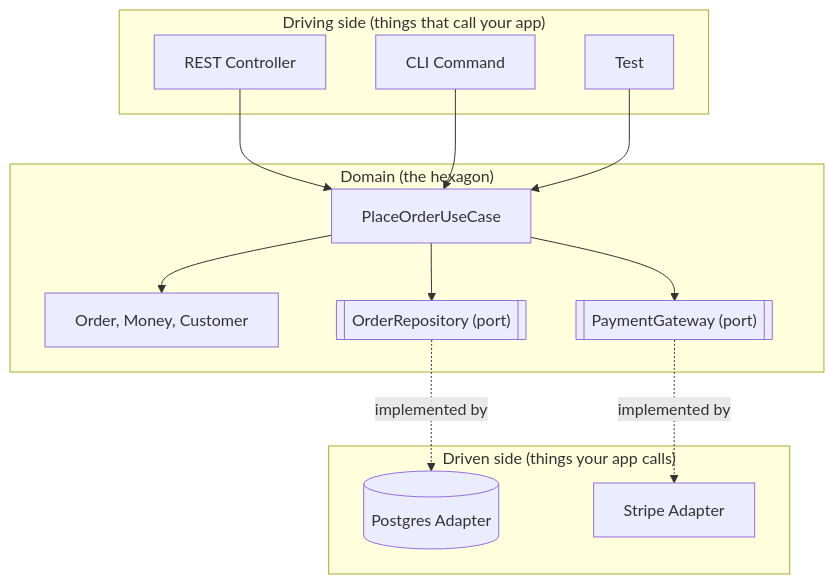
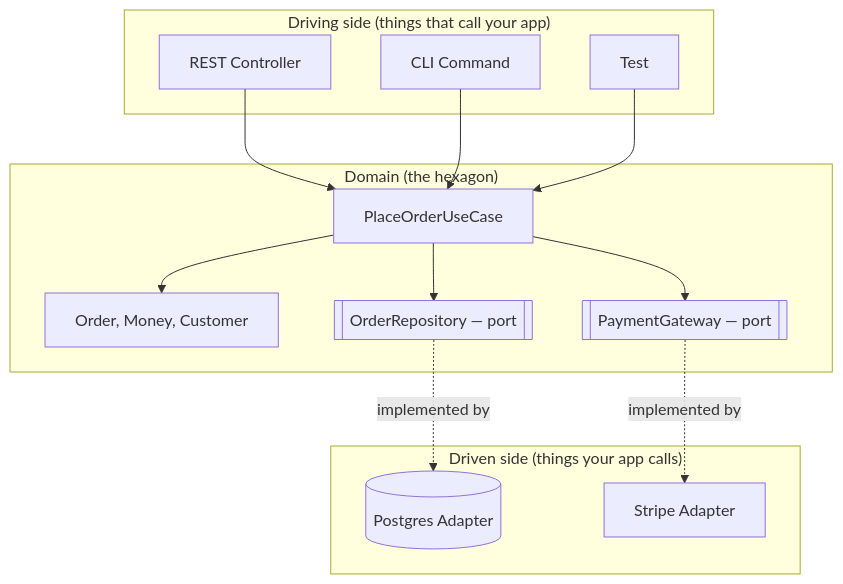
The first of 2 diagrams in study-packs/week-01/01-clean-hexagonal-architecture.md (JuanMelendres/cracking-code-interviews), drawn with Mermaid before and after one commit. The commit also changed other lines of this file and 1 other file, not shown here.

````diff
--- a/study-packs/week-01/01-clean-hexagonal-architecture.md
+++ b/study-packs/week-01/01-clean-hexagonal-architecture.md
@@ -13,27 +45,27 @@
 ```mermaid
 graph TD
-    subgraph "Driving side (things that call your app)"
+    subgraph Driving["Driving side (things that call your app)"]
         REST[REST Controller]
         CLI[CLI Command]
         Test1[Test]
     end
-    subgraph "Domain (the hexagon)"
+    subgraph Hexagon["Domain (the hexagon)"]
         UseCase[PlaceOrderUseCase]
         Domain[Order, Money, Customer]
-        Port1[["OrderRepository (port)"]]
-        Port2[["PaymentGateway (port)"]]
+        Port1[["OrderRepository — port"]]
+        Port2[["PaymentGateway — port"]]
     end
-    subgraph "Driven side (things your app calls)"
+    subgraph Driven["Driven side (things your app calls)"]
         PG[(Postgres Adapter)]
         Stripe[Stripe Adapter]
     end
 
     REST --> UseCase
     CLI --> UseCase
     Test1 --> UseCase
     UseCase --> Domain
     UseCase --> Port1
     UseCase --> Port2
     Port1 -.implemented by.-> PG
     Port2 -.implemented by.-> Stripe
 ```
````
